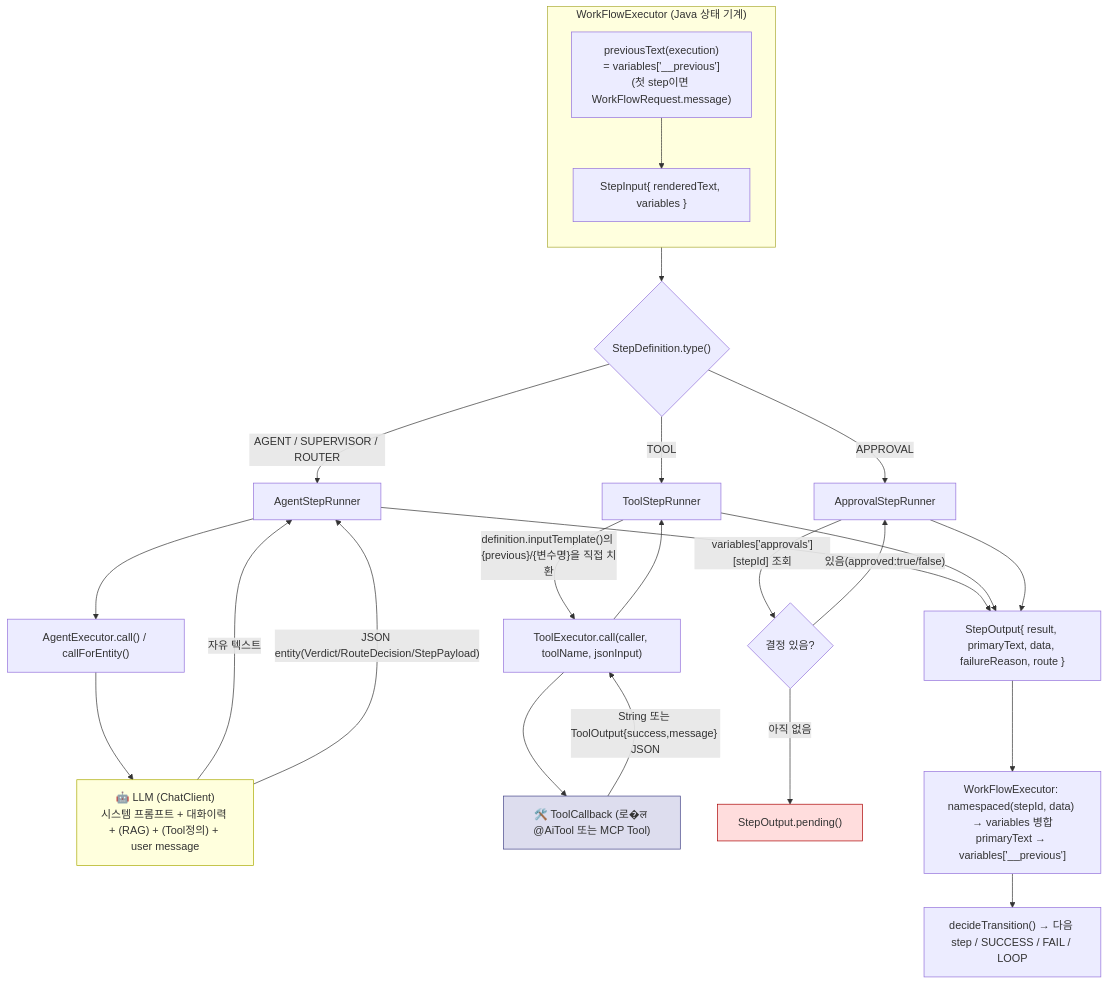
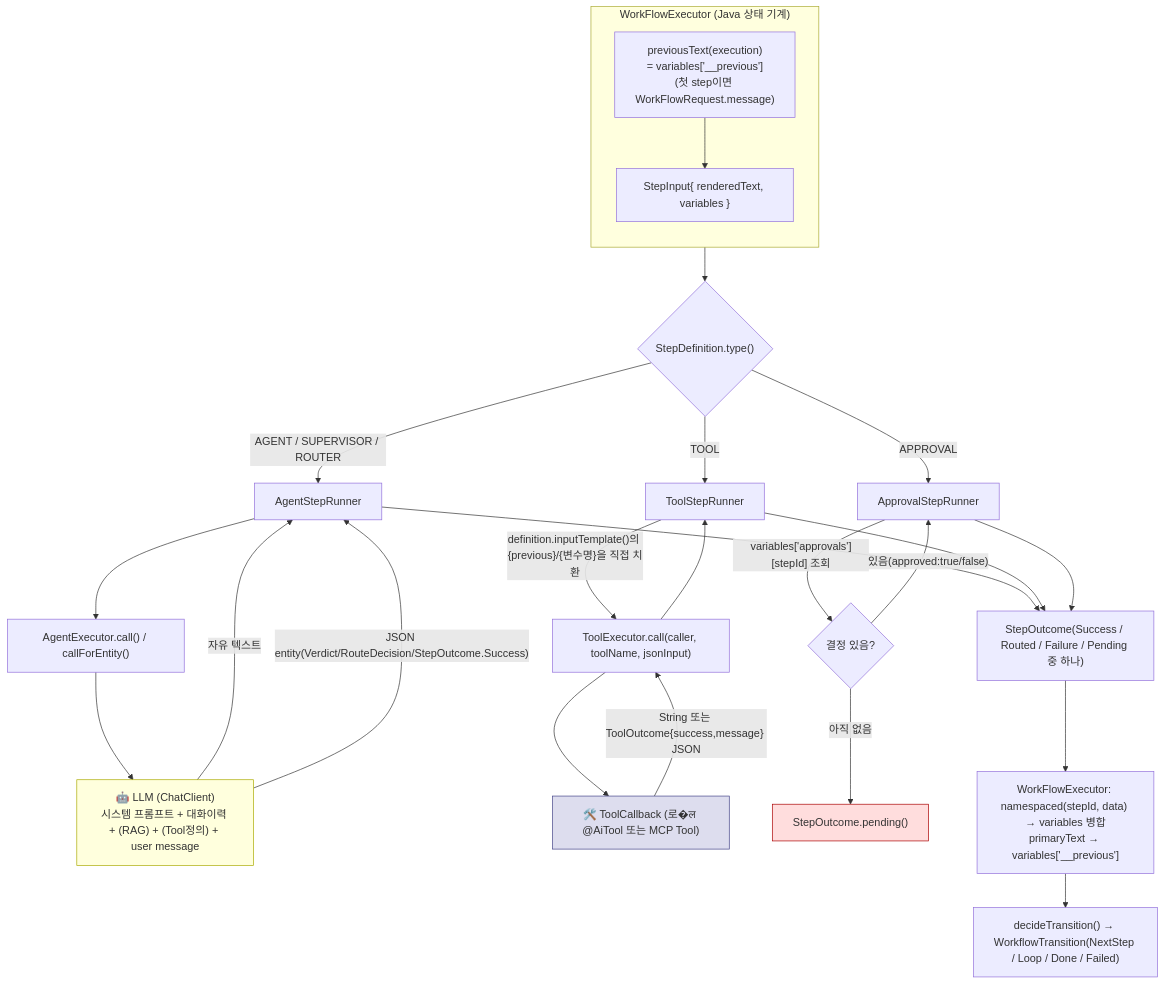
Before and after one commit to YongSoekChoeng/dstone: the fourth of 12 diagrams in docs/09.dstone-ai-engine.md, drawn with Mermaid. The commit also changed other lines of this file and 36 other files, not shown here.

````diff
--- a/docs/09.dstone-ai-engine.md
+++ b/docs/09.dstone-ai-engine.md
@@ -317,39 +345,39 @@
 ```mermaid
 flowchart TD
     subgraph L1["WorkFlowExecutor (Java 상태 기계)"]
         direction TB
         P["previousText(execution)\n= variables['__previous']\n(첫 step이면 WorkFlowRequest.message)"]
         SI["StepInput{ renderedText, variables }"]
         P --> SI
     end
 
     SI --> DISPATCH{"StepDefinition.type()"}
 
     DISPATCH -->|AGENT / SUPERVISOR / ROUTER| ASR["AgentStepRunner"]
     DISPATCH -->|TOOL| TSR["ToolStepRunner"]
     DISPATCH -->|APPROVAL| APR["ApprovalStepRunner"]
 
     ASR --> AE["AgentExecutor.call() / callForEntity()"]
     AE --> LLM["🤖 LLM (ChatClient)\n시스템 프롬프트 + 대화이력 + (RAG) + (Tool정의) + user message"]
     LLM -->|자유 텍스트| ASR
-    LLM -->|"JSON entity(Verdict/RouteDecision/StepPayload)"| ASR
+    LLM -->|"JSON entity(Verdict/RouteDecision/StepOutcome.Success)"| ASR
 
     TSR -->|"definition.inputTemplate()의 {previous}/{변수명}을 직접 치환"| TE["ToolExecutor.call(caller, toolName, jsonInput)"]
     TE --> TOOL["🛠️ ToolCallback (로�ल @AiTool 또는 MCP Tool)"]
-    TOOL -->|"String 또는 ToolOutput{success,message} JSON"| TE --> TSR
+    TOOL -->|"String 또는 ToolOutcome{success,message} JSON"| TE --> TSR
 
     APR -->|"variables['approvals'][stepId] 조회"| DECIDE{"결정 있음?"}
-    DECIDE -->|"아직 없음"| PENDING["StepOutput.pending()"]
+    DECIDE -->|"아직 없음"| PENDING["StepOutcome.pending()"]
     DECIDE -->|"있음(approved:true/false)"| APR
 
-    ASR --> SO["StepOutput{ result, primaryText, data, failureReason, route }"]
+    ASR --> SO["StepOutcome(Success / Routed / Failure / Pending 중 하나)"]
     TSR --> SO
     APR --> SO
 
     SO --> MERGE["WorkFlowExecutor: namespaced(stepId, data) → variables 병합\nprimaryText → variables['__previous']"]
-    MERGE --> NEXT["decideTransition() → 다음 step / SUCCESS / FAIL / LOOP"]
+    MERGE --> NEXT["decideTransition() → WorkflowTransition(NextStep / Loop / Done / Failed)"]
 
     style LLM fill:#ffd,stroke:#aa0
     style TOOL fill:#dde,stroke:#448
     style PENDING fill:#fdd,stroke:#a00
 ```
````
